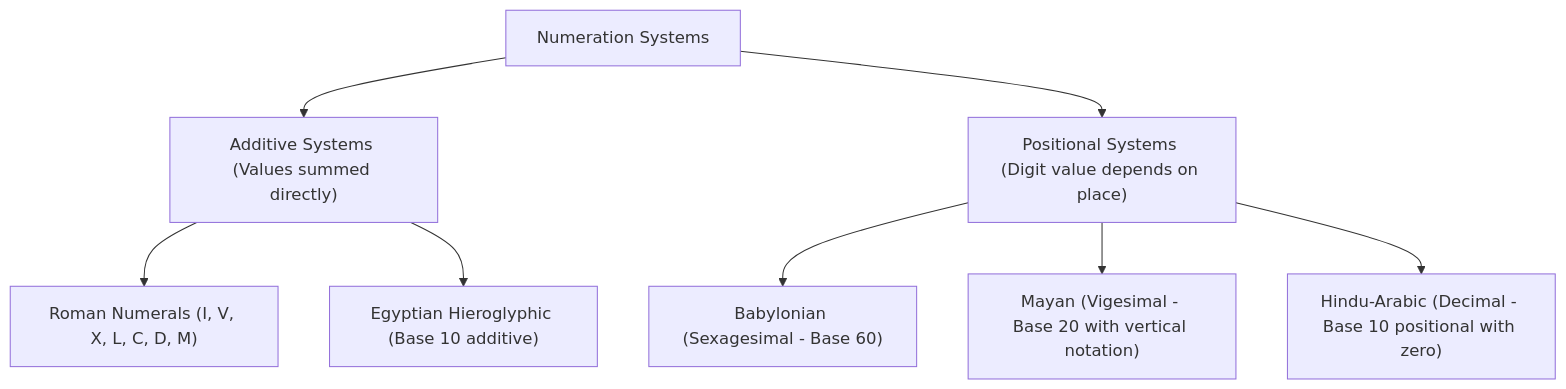
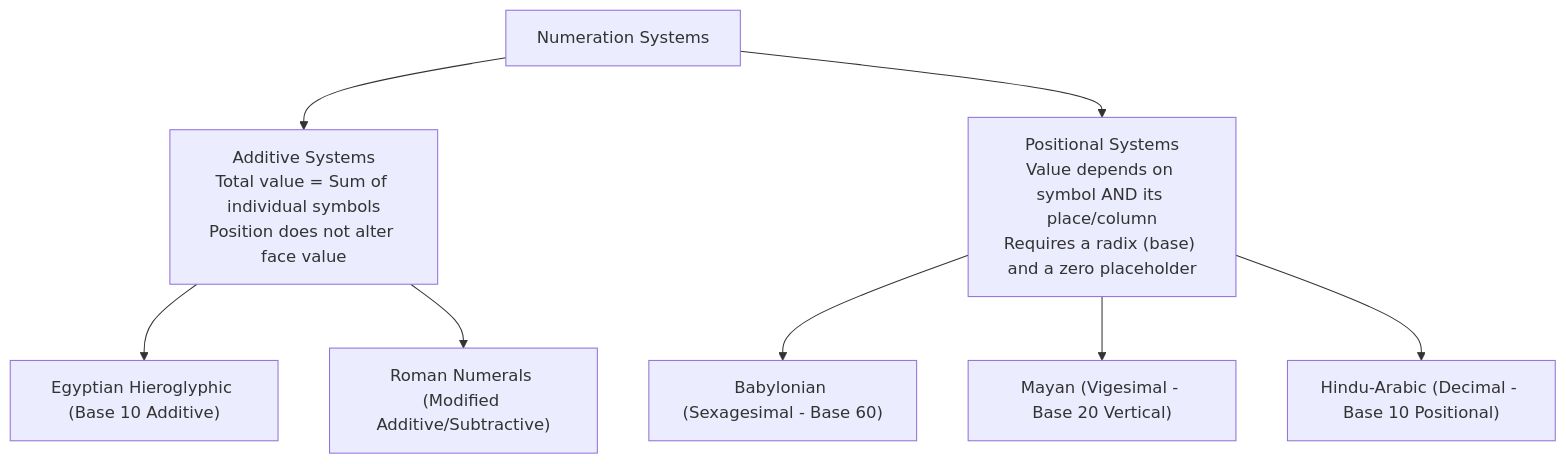
Before and after one commit to aidocmr/learn-bscs: the first of 3 diagrams in content/Year 1/Mathematics in the Modern World/4. Numeration Systems and Base Conversions.md, drawn with Mermaid. The commit also changed other lines of this file and 41 other files, not shown here.

````diff
--- a/content/Year 1/Mathematics in the Modern World/4. Numeration Systems and Base Conversions.md
+++ b/content/Year 1/Mathematics in the Modern World/4. Numeration Systems and Base Conversions.md
@@ -8,11 +10,11 @@
 ```mermaid
 graph TD
-    Systems["Numeration Systems"] --> Additive["Additive Systems (Values summed directly)"]
-    Systems --> Positional["Positional Systems (Digit value depends on place)"]
+    Systems["Numeration Systems"] --> Add["Additive Systems<br/>Total value = Sum of individual symbols<br/>Position does not alter face value"]
+    Systems --> Pos["Positional Systems<br/>Value depends on symbol AND its place/column<br/>Requires a radix (base) and a zero placeholder"]
     
-    Additive --> Roman["Roman Numerals (I, V, X, L, C, D, M)"]
-    Additive --> Egyptian["Egyptian Hieroglyphic (Base 10 additive)"]
-    Positional --> Babylon["Babylonian (Sexagesimal - Base 60)"]
-    Positional --> Mayan["Mayan (Vigesimal - Base 20 with vertical notation)"]
-    Positional --> HinduArabic["Hindu-Arabic (Decimal - Base 10 positional with zero)"]
+    Add --> Egy["Egyptian Hieroglyphic (Base 10 Additive)"]
+    Add --> Rom["Roman Numerals (Modified Additive/Subtractive)"]
+    Pos --> Bab["Babylonian (Sexagesimal - Base 60)"]
+    Pos --> May["Mayan (Vigesimal - Base 20 Vertical)"]
+    Pos --> Dec["Hindu-Arabic (Decimal - Base 10 Positional)"]
 ```
````
